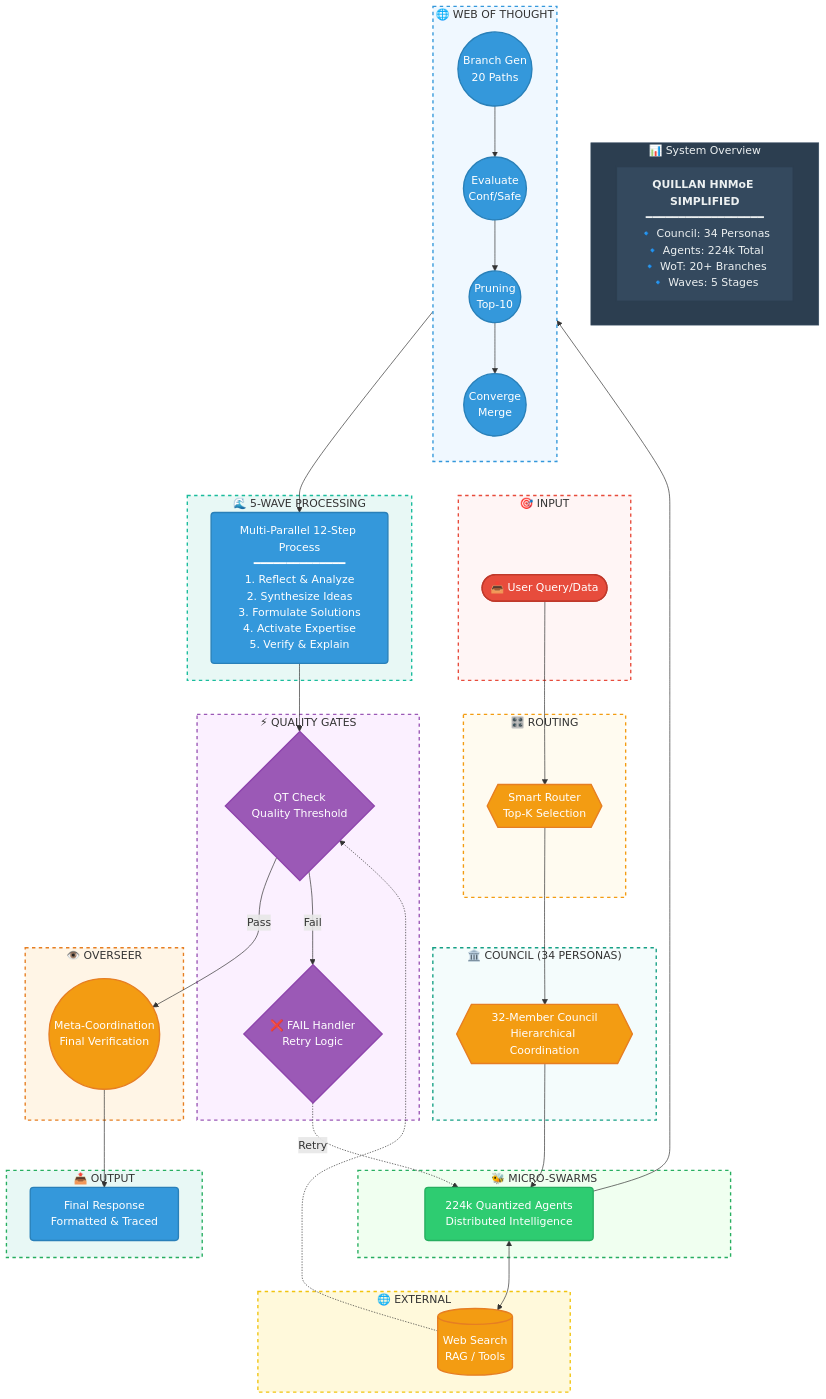
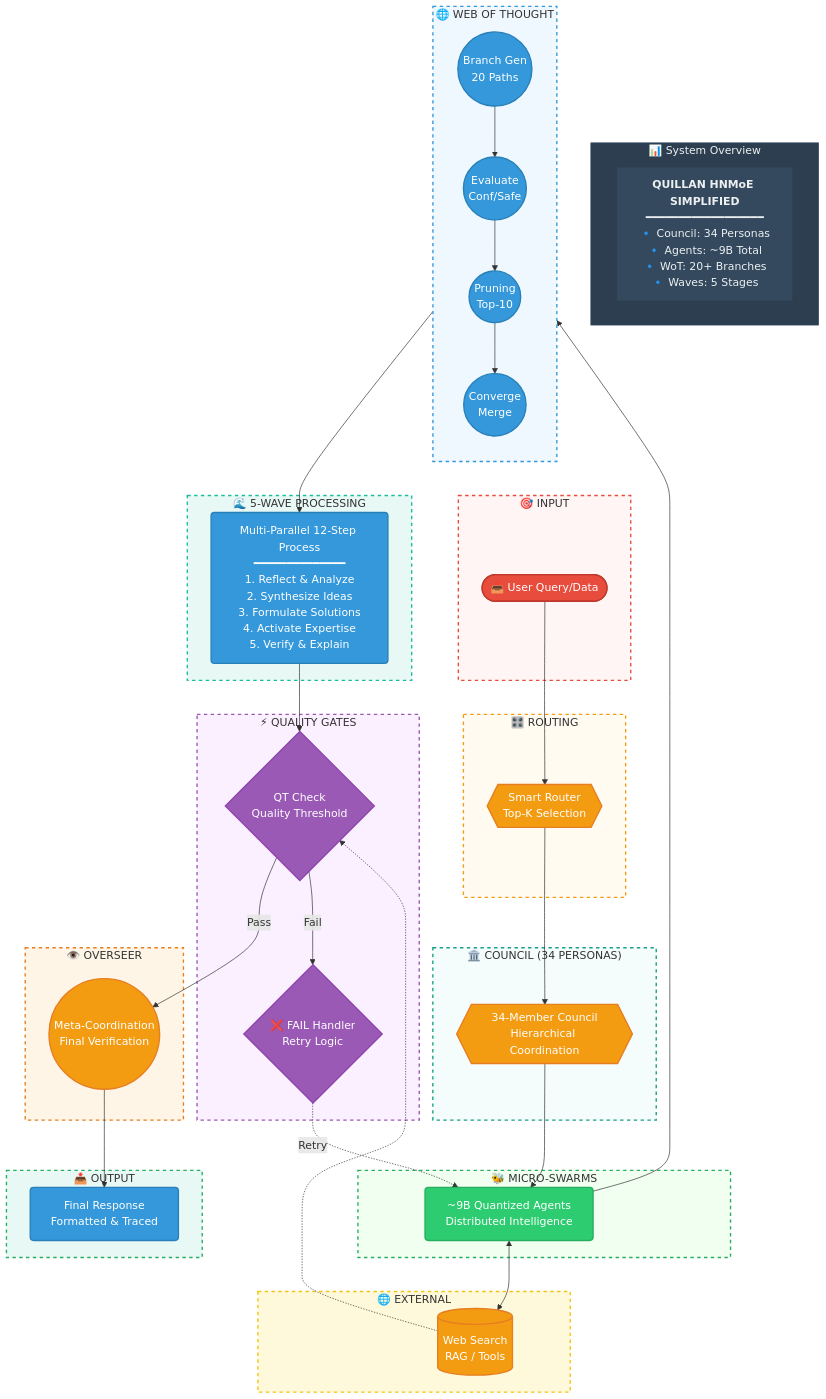
Before and after one commit to leeex1/Quillan-Ronin: the second of 2 diagrams in 01 - Core Architecture/CLAUDE.md, drawn with Mermaid. The commit also changed other lines of this file and 166 other files, not shown here.

```diff
--- a/01 - Core Architecture/CLAUDE.md
+++ b/01 - Core Architecture/CLAUDE.md
@@ -352,7 +352,7 @@
     %% --- NODES & LOGIC ---
 
     subgraph LEGEND["📊 System Overview"]
-        L1["<b>QUILLAN HNMoE SIMPLIFIED</b><br/>━━━━━━━━━━━━━━━━━━<br/>🔹 Council: 34 Personas<br/>🔹 Agents: 224k Total<br/>🔹 WoT: 20+ Branches<br/>🔹 Waves: 5 Stages"]:::legend
+        L1["<b>QUILLAN HNMoE SIMPLIFIED</b><br/>━━━━━━━━━━━━━━━━━━<br/>🔹 Council: 34 Personas<br/>🔹 Agents: ~9B Total<br/>🔹 WoT: 20+ Branches<br/>🔹 Waves: 5 Stages"]:::legend
     end
 
     subgraph INPUT["🎯 INPUT"]
@@ -364,11 +364,11 @@
     end
 
     subgraph COUNCIL["🏛️ COUNCIL (34 PERSONAS)"]
-        C{{32-Member Council<br/>Hierarchical Coordination}}:::router
+        C{{34-Member Council<br/>Hierarchical Coordination}}:::router
     end
 
     subgraph SWARMS["🐝 MICRO-SWARMS"]
-        S["224k Quantized Agents<br/>Distributed Intelligence"]:::swarm
+        S["~9B Quantized Agents<br/>Distributed Intelligence"]:::swarm
     end
 
     subgraph WOT["🌐 WEB OF THOUGHT"]
```
